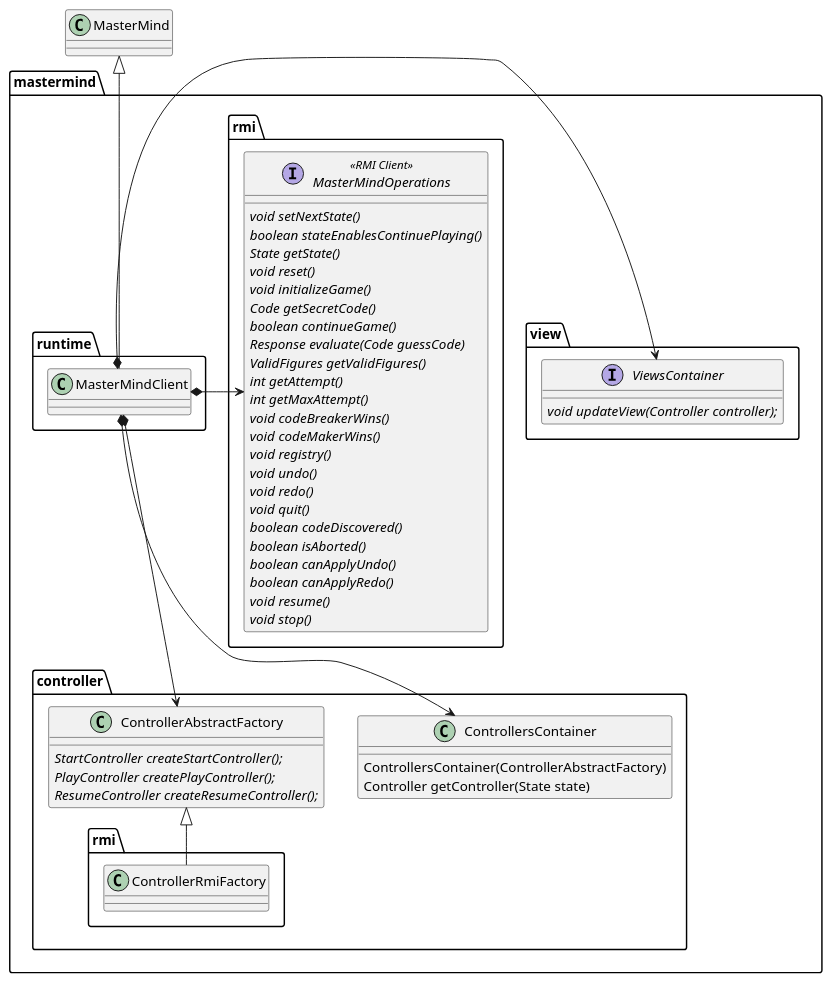
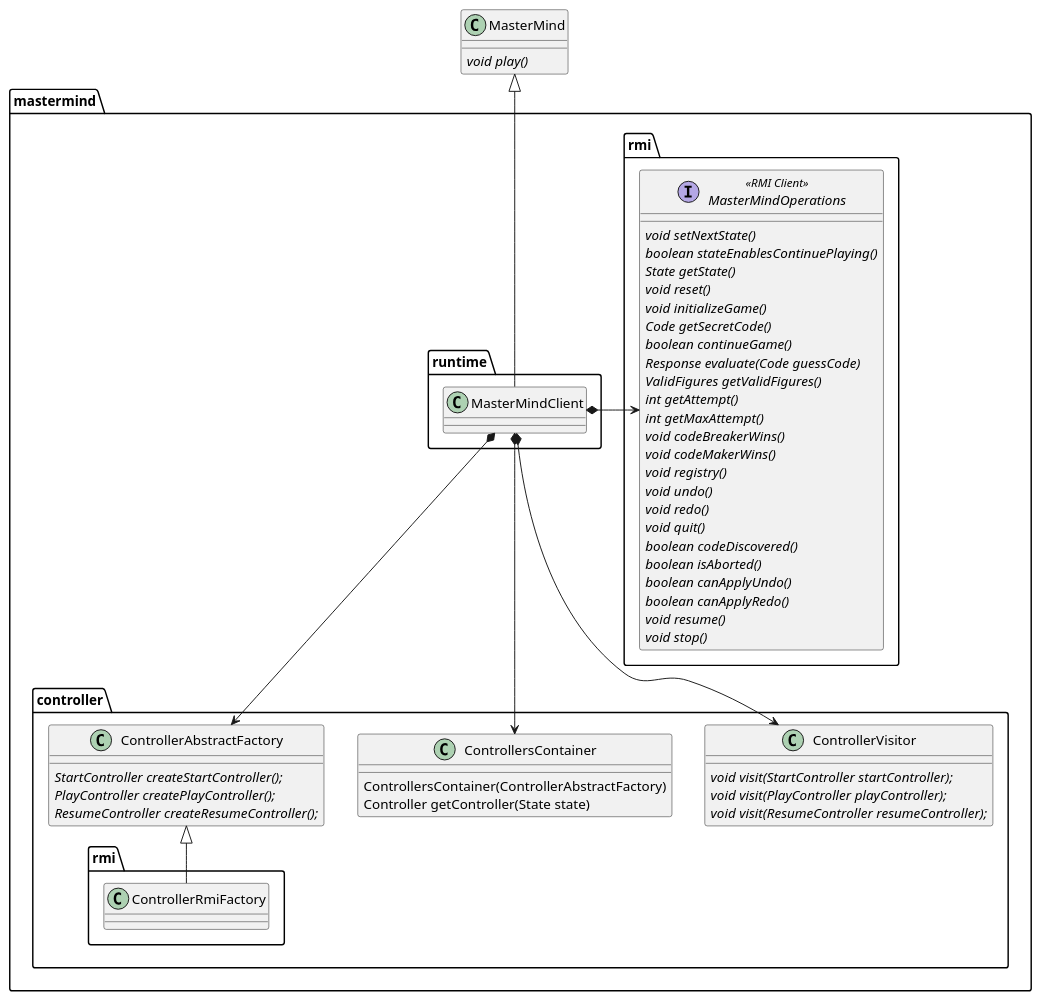
The diagram in doc/mastermind.runtime.client.puml (ciscoruiz/mastermind), drawn with PlantUML before and after one commit. The commit also changed 5 other files, not shown here.

Commit message:
Redesign diagrams with views.ViewsContoller

```diff
--- a/doc/mastermind.runtime.client.puml
+++ b/doc/mastermind.runtime.client.puml
@@ -1,66 +1,70 @@
 @startuml
-
-package mastermind.view {
-   interface ViewsContainer {
-      {abstract}void updateView(Controller controller);
-   }
-}
 
 package mastermind.controller {
    class ControllersContainer {
       ControllersContainer(ControllerAbstractFactory)
       Controller getController(State state)
    }
 
    class ControllerAbstractFactory {
       {abstract}StartController createStartController();
       {abstract}PlayController createPlayController();
       {abstract}ResumeController createResumeController();
+   }
+
+   class ControllerVisitor {
+      {abstract}void visit(StartController startController);
+      {abstract}void visit(PlayController playController);
+      {abstract}void visit(ResumeController resumeController);
    }
 
    package rmi {
       class ControllerRmiFactory
    }
 
    ControllerAbstractFactory <|-- ControllerRmiFactory
 }
 
 package mastermind.rmi {
    interface MasterMindOperations <<RMI Client>> {
        {abstract}void setNextState()
        {abstract}boolean stateEnablesContinuePlaying()
        {abstract}State getState()
        {abstract}void reset()
        {abstract}void initializeGame()
        {abstract}Code getSecretCode()
        {abstract}boolean continueGame()
        {abstract}Response evaluate(Code guessCode)
        {abstract}ValidFigures getValidFigures()
        {abstract}int getAttempt()
        {abstract}int getMaxAttempt()
        {abstract}void codeBreakerWins()
        {abstract}void codeMakerWins()
        {abstract}void registry()
        {abstract}void undo()
        {abstract}void redo()
        {abstract}void quit()
        {abstract}boolean codeDiscovered()
        {abstract}boolean isAborted()
        {abstract}boolean canApplyUndo()
        {abstract}boolean canApplyRedo()
        {abstract}void resume()
        {abstract}void stop()
    }
 }
 
+class MasterMind {
+   {abstract} void play()
+}
+
 package mastermind.runtime {
-   MasterMindClient *-left-> MasterMindOperations
+   MasterMindClient *-> MasterMindOperations
 }
 
 MasterMind <|-down- MasterMindClient
 
-MasterMindClient *-right-> ViewsContainer
+MasterMindClient *-right-> ControllerVisitor
 MasterMindClient *-down-> ControllersContainer
 MasterMindClient *-down-> ControllerAbstractFactory
 
 @enduml
```
